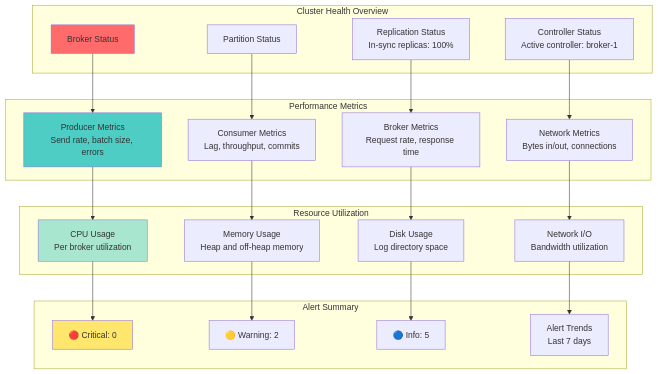
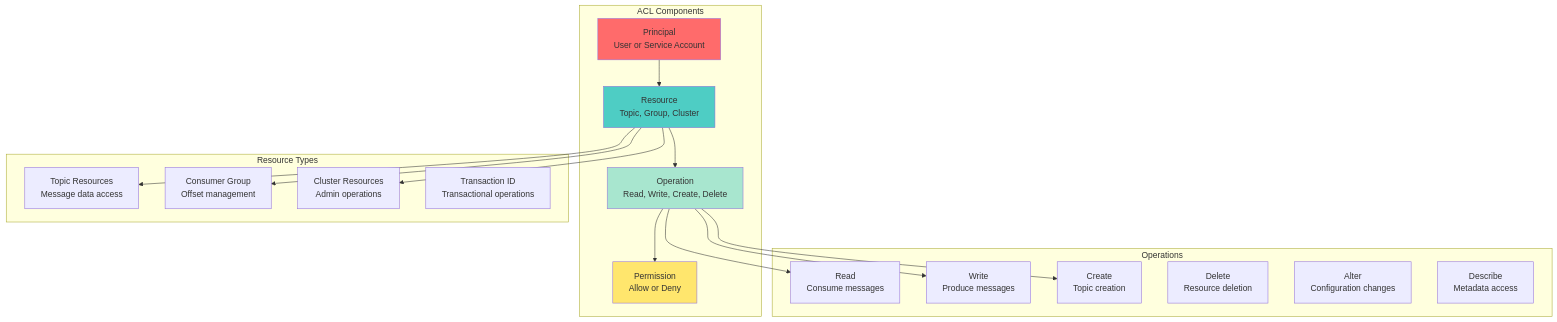
The fifth of 9 diagrams in class/modules/lesson_19/concept.md (vorrawut/KafkaStarter), drawn with Mermaid before and after one commit. The commit also changed other lines of this file and 204 other files, not shown here.

````diff
--- a/class/modules/lesson_19/concept.md
+++ b/class/modules/lesson_19/concept.md
@@ -305,50 +209,42 @@
 ```mermaid
 graph TB
-    subgraph "Cluster Health Overview"
-        BROKER_STATUS[Broker Status<br/&gt;3/3 brokers online]
-        PARTITION_STATUS[Partition Status<br/&gt;150 partitions healthy]
-        REPLICATION[Replication Status<br/>In-sync replicas: 100%]
-        CONTROLLER[Controller Status<br/>Active controller: broker-1]
+    subgraph "ACL Components"
+        PRINCIPAL[Principal<br/>User or Service Account]
+        RESOURCE[Resource<br/>Topic, Group, Cluster]
+        OPERATION[Operation<br/>Read, Write, Create, Delete]
+        PERMISSION[Permission<br/>Allow or Deny]
     end
     
-    subgraph "Performance Metrics"
-        PRODUCER_METRICS[Producer Metrics<br/>Send rate, batch size, errors]
-        CONSUMER_METRICS[Consumer Metrics<br/>Lag, throughput, commits]
-        BROKER_METRICS[Broker Metrics<br/>Request rate, response time]
-        NETWORK_METRICS[Network Metrics<br/>Bytes in/out, connections]
+    subgraph "Resource Types"
+        TOPIC[Topic Resources<br/>Message data access]
+        GROUP[Consumer Group<br/>Offset management]
+        CLUSTER[Cluster Resources<br/>Admin operations]
+        TXNID[Transaction ID<br/>Transactional operations]
     end
     
-    subgraph "Resource Utilization"
-        CPU_CHART[CPU Usage<br/>Per broker utilization]
-        MEMORY_CHART[Memory Usage<br/>Heap and off-heap memory]
-        DISK_CHART[Disk Usage<br/>Log directory space]
-        NETWORK_CHART[Network I/O<br/>Bandwidth utilization]
+    subgraph "Operations"
+        READ[Read<br/>Consume messages]
+        WRITE[Write<br/>Produce messages]
+        CREATE[Create<br/>Topic creation]
+        DELETE[Delete<br/>Resource deletion]
+        ALTER[Alter<br/>Configuration changes]
+        DESCRIBE[Describe<br/>Metadata access]
     end
     
-    subgraph "Alert Summary"
-        CRITICAL_ALERTS[🔴 Critical: 0]
-        WARNING_ALERTS[🟡 Warning: 2]
-        INFO_ALERTS[🔵 Info: 5]
-        ALERT_TRENDS[Alert Trends<br/>Last 7 days]
-    end
+    PRINCIPAL --> RESOURCE
+    RESOURCE --> OPERATION
+    OPERATION --> PERMISSION
     
-    BROKER_STATUS --> PRODUCER_METRICS
-    PARTITION_STATUS --> CONSUMER_METRICS
-    REPLICATION --> BROKER_METRICS
-    CONTROLLER --> NETWORK_METRICS
+    RESOURCE --> TOPIC
+    RESOURCE --> GROUP
+    RESOURCE --> CLUSTER
     
-    PRODUCER_METRICS --> CPU_CHART
-    CONSUMER_METRICS --> MEMORY_CHART
-    BROKER_METRICS --> DISK_CHART
-    NETWORK_METRICS --> NETWORK_CHART
+    OPERATION --> READ
+    OPERATION --> WRITE
+    OPERATION --> CREATE
     
-    CPU_CHART --> CRITICAL_ALERTS
-    MEMORY_CHART --> WARNING_ALERTS
-    DISK_CHART --> INFO_ALERTS
-    NETWORK_CHART --> ALERT_TRENDS
-    
-    style BROKER_STATUS fill:#ff6b6b
-    style PRODUCER_METRICS fill:#4ecdc4
-    style CPU_CHART fill:#a8e6cf
-    style CRITICAL_ALERTS fill:#ffe66d
+    style PRINCIPAL fill:#ff6b6b
+    style RESOURCE fill:#4ecdc4
+    style OPERATION fill:#a8e6cf
+    style PERMISSION fill:#ffe66d
 ```
````
